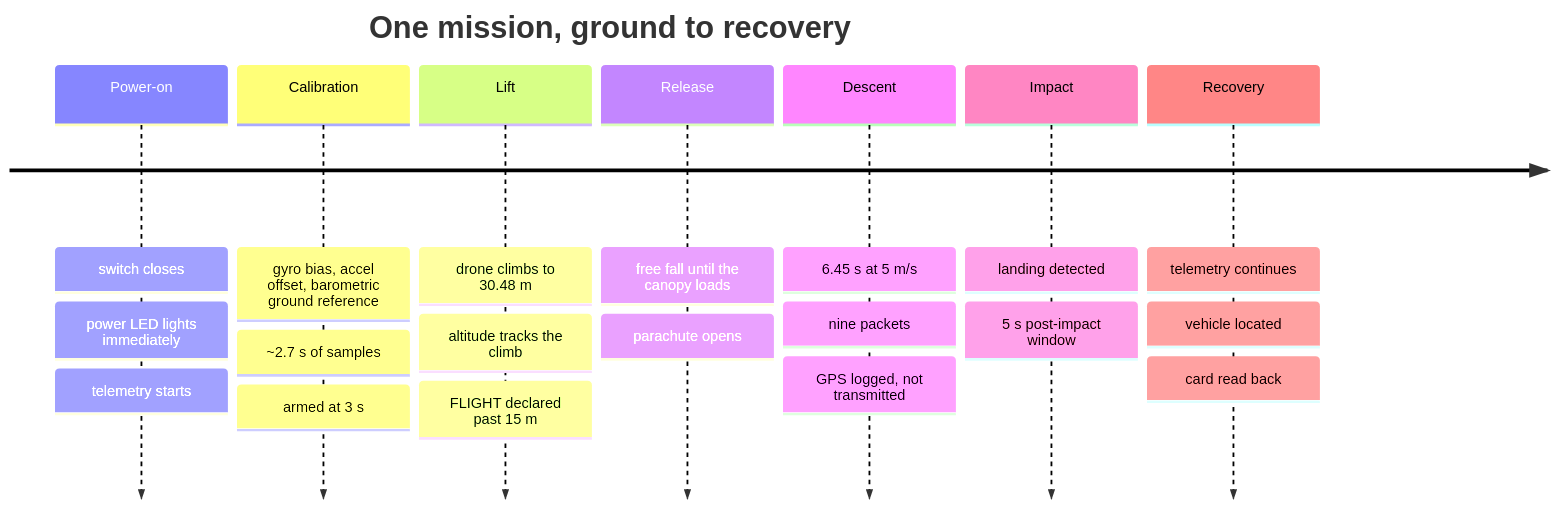
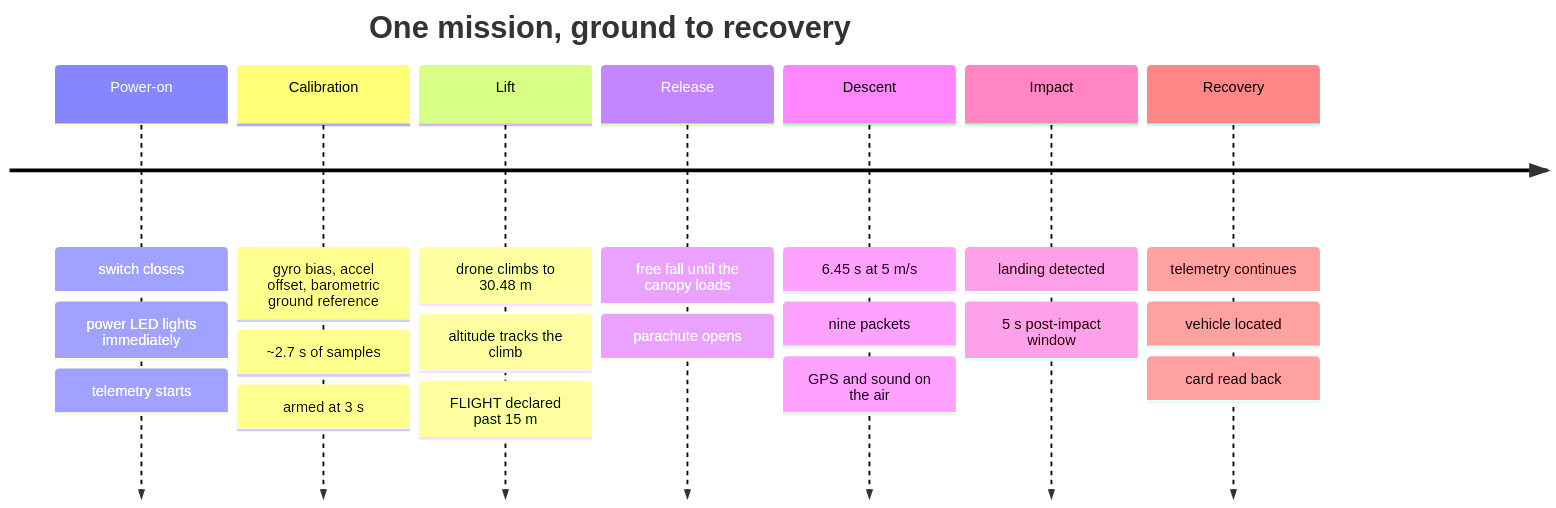
The diagram in documentation/mission/concept-of-operations.md (KunjSorathiya/CanSat-2026), drawn with Mermaid before and after one commit. The commit also changed other lines of this file and 27 other files, not shown here.

````diff
--- a/documentation/mission/concept-of-operations.md
+++ b/documentation/mission/concept-of-operations.md
@@ -43,11 +43,11 @@
 ```mermaid
 timeline
     title One mission, ground to recovery
     Power-on : switch closes : power LED lights immediately : telemetry starts
     Calibration : gyro bias, accel offset, barometric ground reference : ~2.7 s of samples : armed at 3 s
     Lift : drone climbs to 30.48 m : altitude tracks the climb : FLIGHT declared past 15 m
     Release : free fall until the canopy loads : parachute opens
-    Descent : 6.45 s at 5 m/s : nine packets : GPS logged, not transmitted
+    Descent : 6.45 s at 5 m/s : nine packets : GPS and sound on the air
     Impact : landing detected : 5 s post-impact window
     Recovery : telemetry continues : vehicle located : card read back
 ```
````
